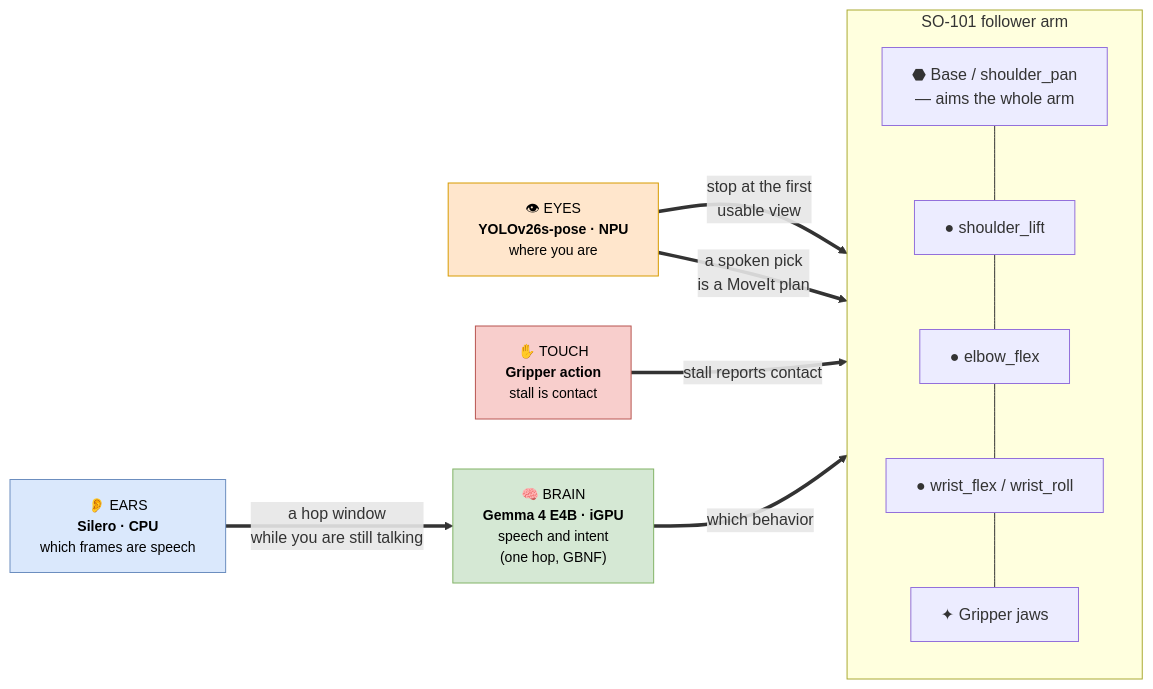
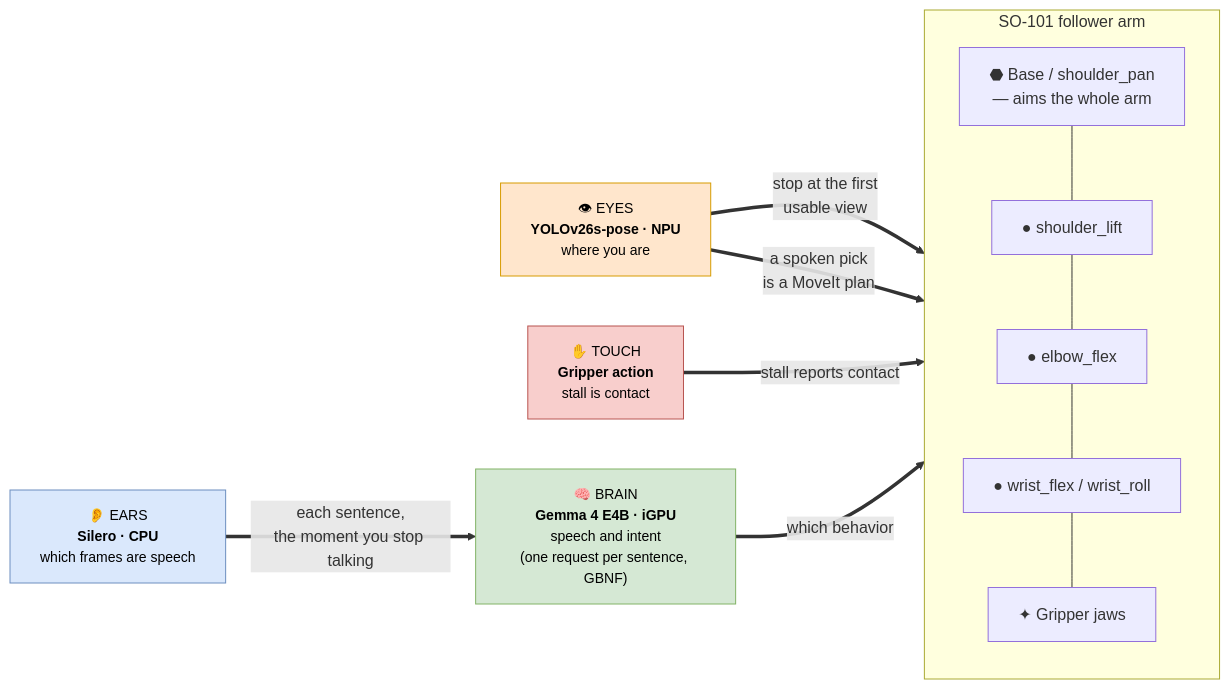
One commit to ThomasGmeinder/embedded-x86-ai changed the second of 3 diagrams in workshops/vvla-pipeline/README.md. Above: the diagram before and after it, drawn with Mermaid. The commit also changed other lines of this file and 3 other files, not shown here.

First line of the commit message:
Describe the voice path as it is now: one request per sentence, the command before its words.

````diff
--- a/workshops/vvla-pipeline/README.md
+++ b/workshops/vvla-pipeline/README.md
@@ -92,28 +92,28 @@
 ```mermaid
 flowchart LR
     subgraph BODY["SO-101 follower arm"]
         direction TB
         BASE["⬣ Base / shoulder_pan<br/>— aims the whole arm"]
         SHOULDER["● shoulder_lift"]
         ELBOW["● elbow_flex"]
         WRIST["● wrist_flex / wrist_roll"]
         JAW["✦ Gripper jaws"]
         BASE --- SHOULDER --- ELBOW --- WRIST --- JAW
     end
 
     EARS["👂 EARS<br/><b>Silero · CPU</b><br/>which frames are speech"]:::ear
-    BRAIN["🧠 BRAIN<br/><b>Gemma 4 E4B · iGPU</b><br/>speech and intent<br/>(one hop, GBNF)"]:::brain
+    BRAIN["🧠 BRAIN<br/><b>Gemma 4 E4B · iGPU</b><br/>speech and intent<br/>(one request per sentence, GBNF)"]:::brain
     EYES["👁 EYES<br/><b>YOLOv26s-pose · NPU</b><br/>where you are"]:::eye
     TOUCH["✋ TOUCH<br/><b>Gripper action</b><br/>stall is contact"]:::touch
 
-    EARS ==>|"a hop window<br/>while you are still talking"| BRAIN
+    EARS ==>|"each sentence,<br/>the moment you stop talking"| BRAIN
     BRAIN ==>|"which behavior"| BODY
     EYES ==>|"stop at the first<br/>usable view"| BASE
     EYES ==>|"a spoken pick<br/>is a MoveIt plan"| ELBOW
     TOUCH ==>|"stall reports contact"| JAW
 
     classDef ear fill:#dae8fc,stroke:#6c8ebf,color:#000,font-size:14px;
     classDef brain fill:#d5e8d4,stroke:#82b366,color:#000,font-size:14px;
     classDef eye fill:#ffe6cc,stroke:#d79b00,color:#000,font-size:14px;
     classDef touch fill:#f8cecc,stroke:#b85450,color:#000,font-size:14px;
 ```
````
